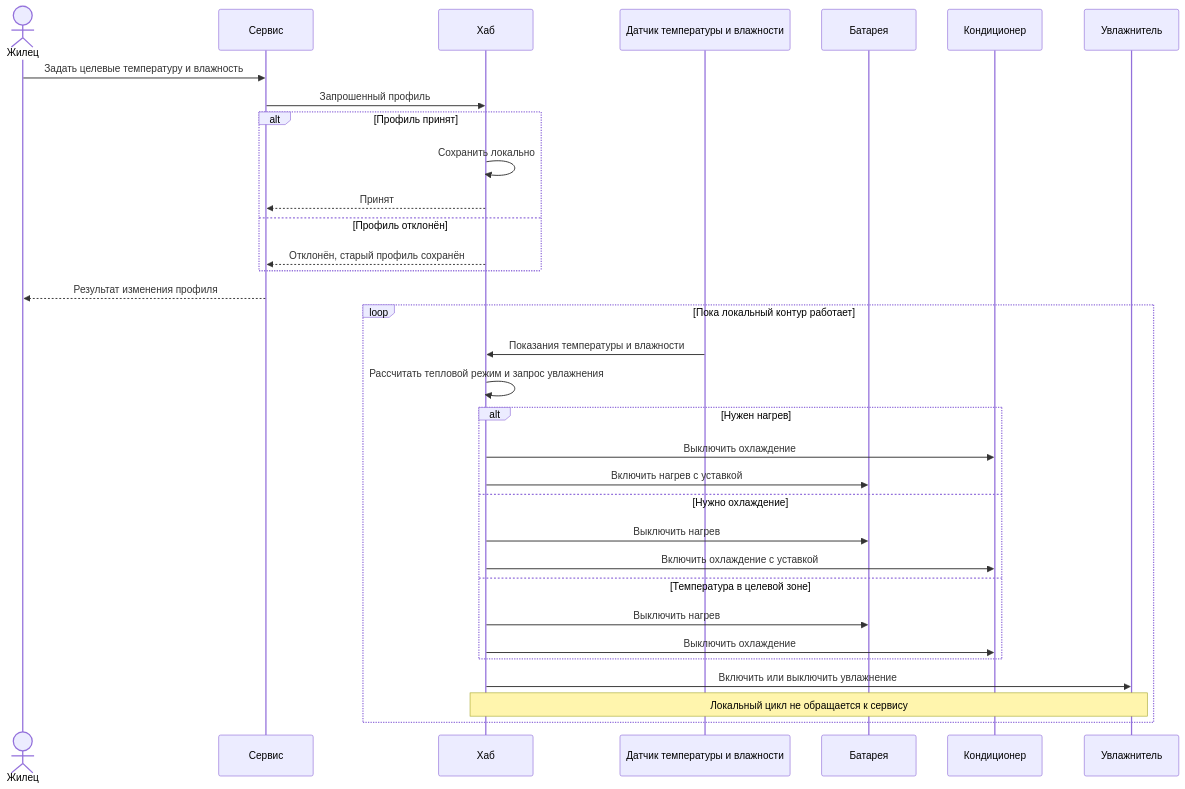
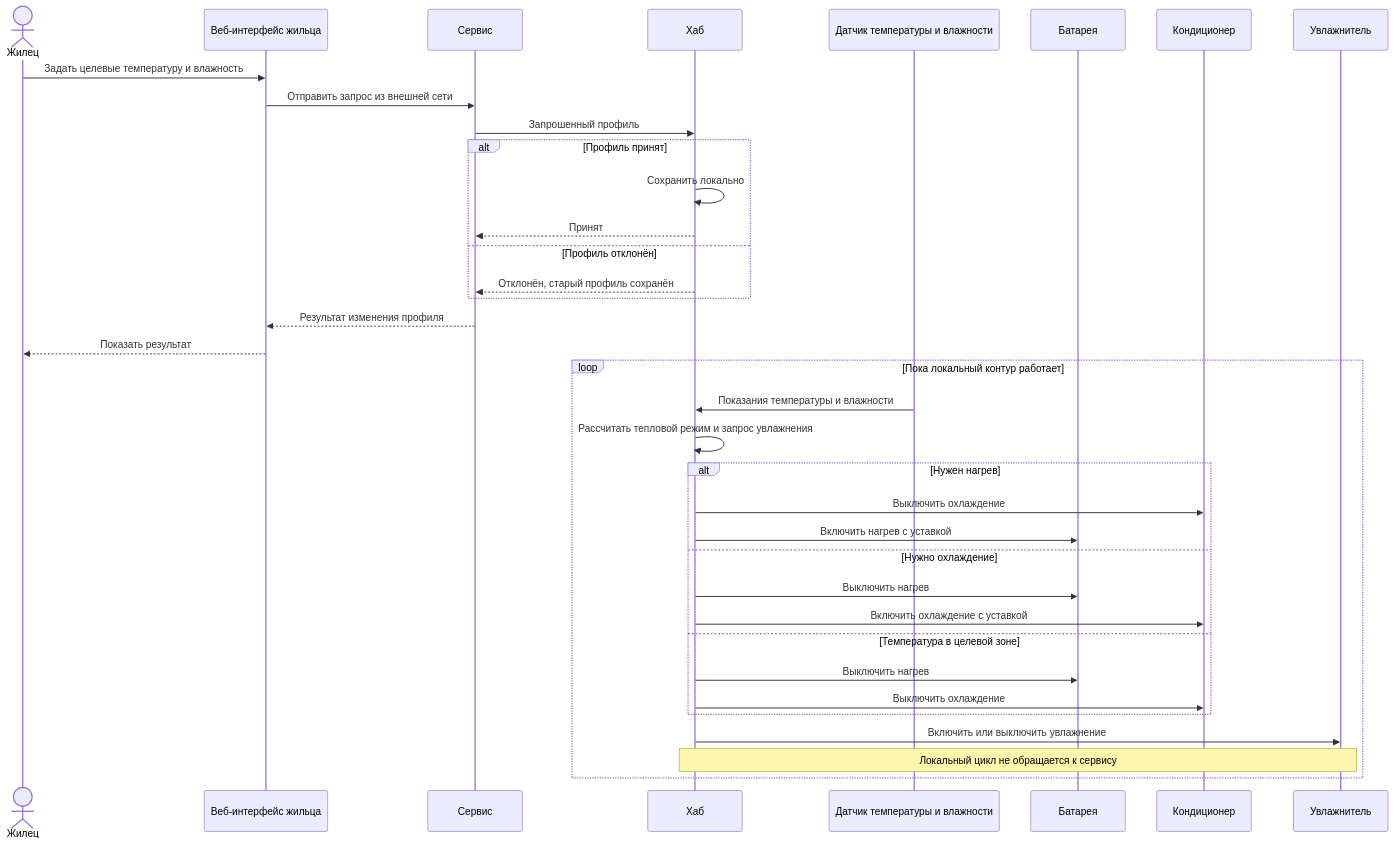
One commit to BPLA-Team/carrot-apples changed the diagram in contractor_side/hla_scenarios/S01_CLIMATE.md. Above: the diagram before and after it, drawn with Mermaid. The commit also changed 22 other files, not shown here.

Commit message:
docs(architecture): document web access through the external service

````diff
--- a/contractor_side/hla_scenarios/S01_CLIMATE.md
+++ b/contractor_side/hla_scenarios/S01_CLIMATE.md
@@ -3,35 +3,38 @@
 ```mermaid
 sequenceDiagram
     actor R as Жилец
+    participant W as Веб-интерфейс жильца
     participant S as Сервис
     participant H as Хаб
     participant D as Датчик температуры и влажности
     participant B as Батарея
     participant C as Кондиционер
     participant U as Увлажнитель
-    R->>S: Задать целевые температуру и влажность
+    R->>W: Задать целевые температуру и влажность
+    W->>S: Отправить запрос из внешней сети
     S->>H: Запрошенный профиль
     alt Профиль принят
         H->>H: Сохранить локально
         H-->>S: Принят
     else Профиль отклонён
         H-->>S: Отклонён, старый профиль сохранён
     end
-    S-->>R: Результат изменения профиля
+    S-->>W: Результат изменения профиля
+    W-->>R: Показать результат
     loop Пока локальный контур работает
         D->>H: Показания температуры и влажности
         H->>H: Рассчитать тепловой режим и запрос увлажнения
         alt Нужен нагрев
             H->>C: Выключить охлаждение
             H->>B: Включить нагрев с уставкой
         else Нужно охлаждение
             H->>B: Выключить нагрев
             H->>C: Включить охлаждение с уставкой
         else Температура в целевой зоне
             H->>B: Выключить нагрев
             H->>C: Выключить охлаждение
         end
         H->>U: Включить или выключить увлажнение
         Note over H,U: Локальный цикл не обращается к сервису
     end
 ```
````
